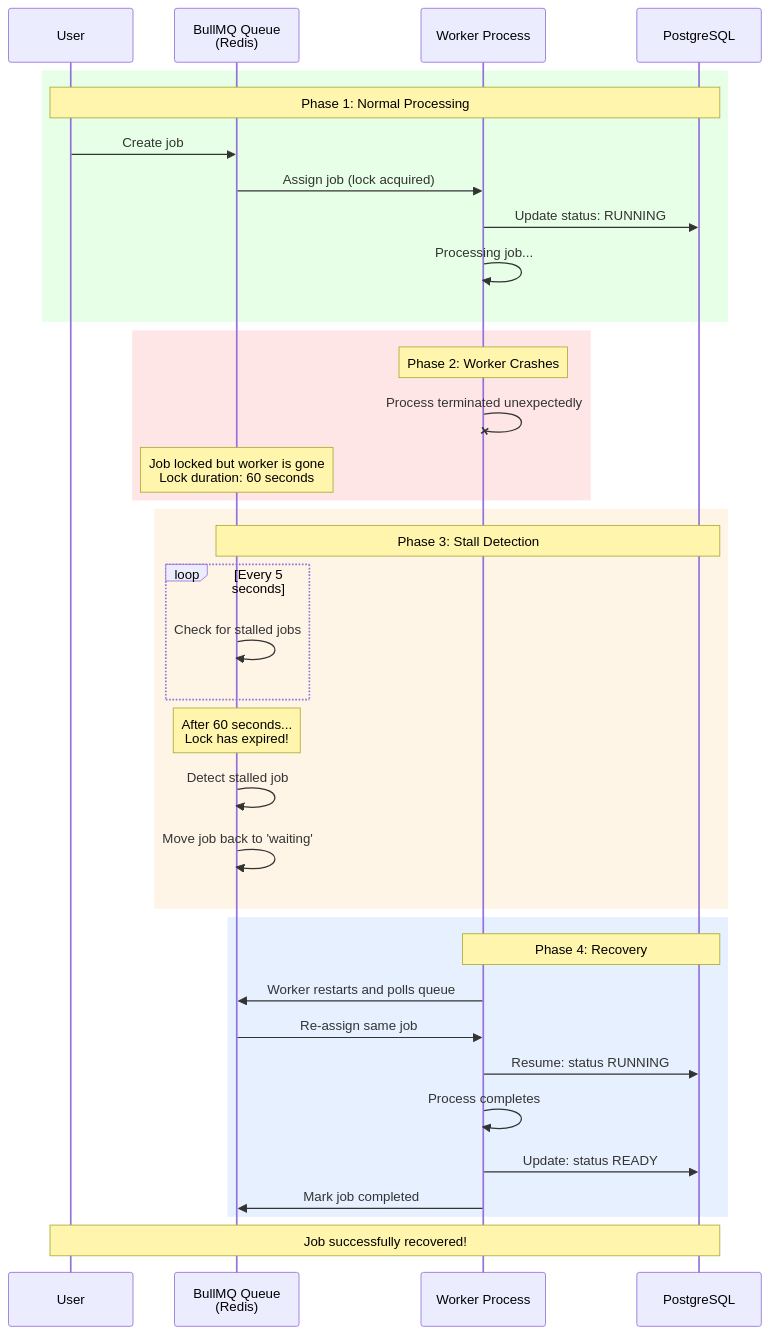
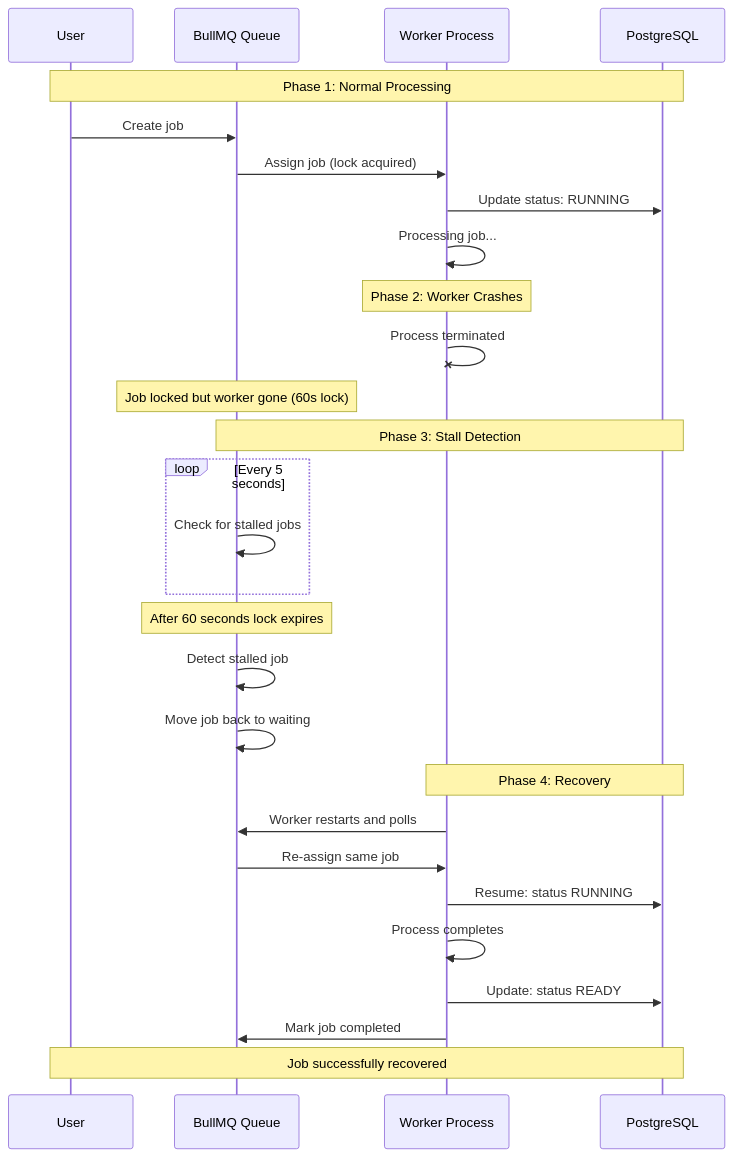
Before and after one commit to berTrindade/bullmq-report-generator: the fourth of 4 diagrams in README.md, drawn with Mermaid. The commit also changed other lines of this file, not shown here.

First line of the commit message:
fix: improve Mermaid diagram rendering on GitHub

````diff
--- a/README.md
+++ b/README.md
@@ -219,43 +209,35 @@
 ```mermaid
 sequenceDiagram
     participant U as User
-    participant Q as BullMQ Queue<br/>(Redis)
+    participant Q as BullMQ Queue
     participant W1 as Worker Process
     participant DB as PostgreSQL
     
-    rect rgb(230, 255, 230)
-        Note over U,DB: Phase 1: Normal Processing
-        U->>Q: Create job
-        Q->>W1: Assign job (lock acquired)
-        W1->>DB: Update status: RUNNING
-        W1->>W1: Processing job...
+    Note over U,DB: Phase 1: Normal Processing
+    U->>Q: Create job
+    Q->>W1: Assign job (lock acquired)
+    W1->>DB: Update status: RUNNING
+    W1->>W1: Processing job...
+    
+    Note over W1: Phase 2: Worker Crashes
+    W1-xW1: Process terminated
+    Note over Q: Job locked but worker gone (60s lock)
+    
+    Note over Q,DB: Phase 3: Stall Detection
+    loop Every 5 seconds
+        Q->>Q: Check for stalled jobs
     end
+    Note over Q: After 60 seconds lock expires
+    Q->>Q: Detect stalled job
+    Q->>Q: Move job back to waiting
     
-    rect rgb(255, 230, 230)
-        Note over W1: Phase 2: Worker Crashes
-        W1-xW1: Process terminated unexpectedly
-        Note over Q: Job locked but worker is gone<br/>Lock duration: 60 seconds
-    end
+    Note over W1,DB: Phase 4: Recovery
+    W1->>Q: Worker restarts and polls
+    Q->>W1: Re-assign same job
+    W1->>DB: Resume: status RUNNING
+    W1->>W1: Process completes
+    W1->>DB: Update: status READY
+    W1->>Q: Mark job completed
     
-    rect rgb(255, 245, 230)
-        Note over Q,DB: Phase 3: Stall Detection
-        loop Every 5 seconds
-            Q->>Q: Check for stalled jobs
-        end
-        Note over Q: After 60 seconds...<br/>Lock has expired!
-        Q->>Q: Detect stalled job
-        Q->>Q: Move job back to 'waiting'
-    end
-    
-    rect rgb(230, 240, 255)
-        Note over W1,DB: Phase 4: Recovery
-        W1->>Q: Worker restarts and polls queue
-        Q->>W1: Re-assign same job
-        W1->>DB: Resume: status RUNNING
-        W1->>W1: Process completes
-        W1->>DB: Update: status READY
-        W1->>Q: Mark job completed
-    end
-    
-    Note over U,DB: Job successfully recovered!
+    Note over U,DB: Job successfully recovered
 ```
````
